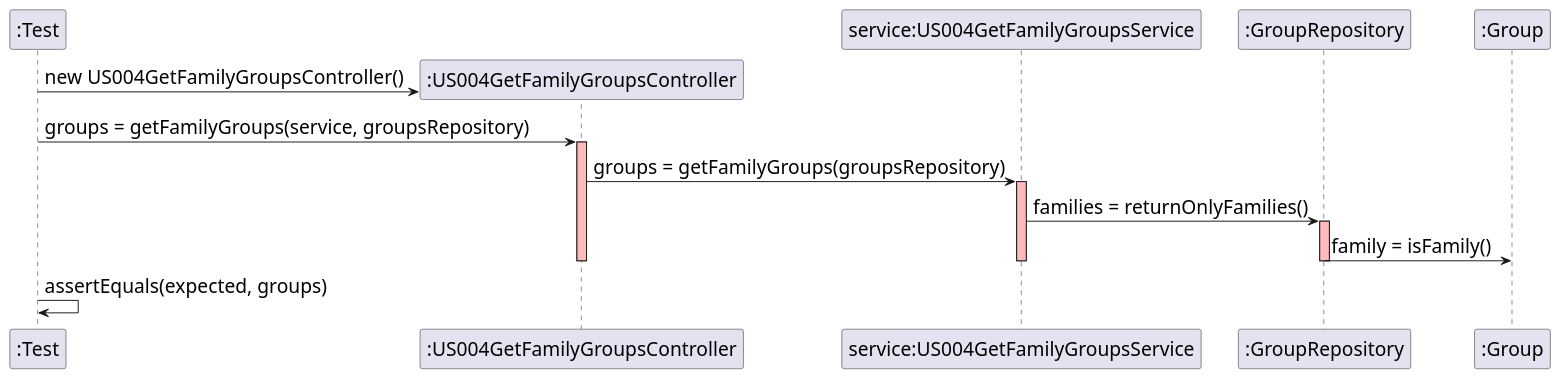
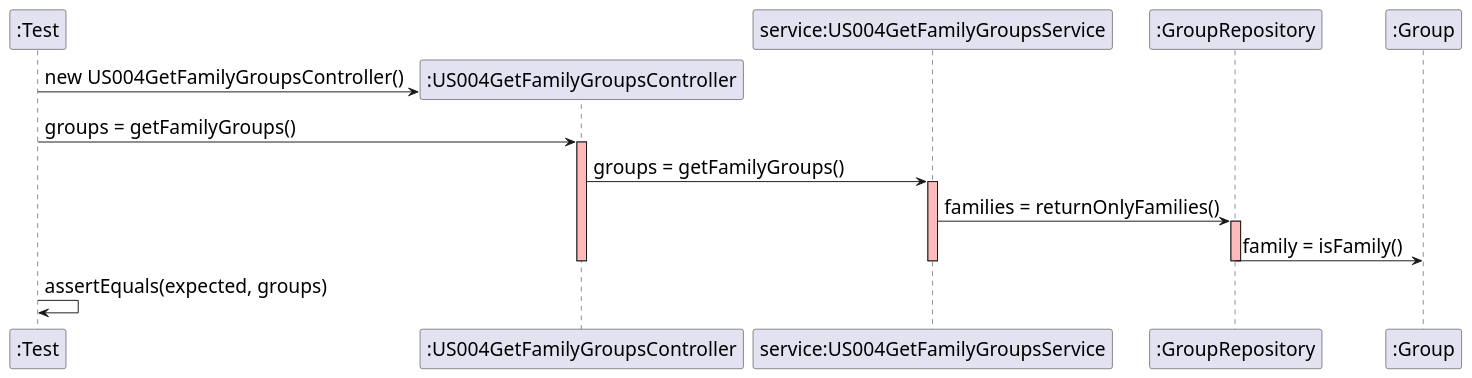
The diagram in src/main/java/switch2019/project/controllers/US004GetFamilyGroupsSD.puml (mleitaoribeiro/DevOpsMaven), drawn with PlantUML before and after one commit. The commit also changed 4 other files, not shown here.

```diff
--- a/src/main/java/switch2019/project/controllers/US004GetFamilyGroupsSD.puml
+++ b/src/main/java/switch2019/project/controllers/US004GetFamilyGroupsSD.puml
@@ -1,28 +1,28 @@
 @startuml
 skinparam DefaultFontSize 20
 participant ":Test"
 create ":US004GetFamilyGroupsController"
 
 ":Test" -> ":US004GetFamilyGroupsController" : new US004GetFamilyGroupsController()
-":Test" -> ":US004GetFamilyGroupsController" : groups = getFamilyGroups(service, groupsRepository)
+":Test" -> ":US004GetFamilyGroupsController" : groups = getFamilyGroups()
 activate ":US004GetFamilyGroupsController" #FFBBBB
 
 participant "service:US004GetFamilyGroupsService"
-":US004GetFamilyGroupsController" -> "service:US004GetFamilyGroupsService" : groups = getFamilyGroups(groupsRepository)
+":US004GetFamilyGroupsController" -> "service:US004GetFamilyGroupsService" : groups = getFamilyGroups()
 activate "service:US004GetFamilyGroupsService" #FFBBBB
 
 participant ":GroupRepository"
 "service:US004GetFamilyGroupsService" -> ":GroupRepository" : families = returnOnlyFamilies()
 activate ":GroupRepository" #FFBBBB
 
 participant ":Group"
 ":GroupRepository" -> ":Group" : family = isFamily()
 deactivate ":US004GetFamilyGroupsController"
 deactivate "service:US004GetFamilyGroupsService"
 deactivate ":GroupRepository"
 
 
 ":Test" -> ":Test" : assertEquals(expected, groups)
 
 
 @enduml
```
